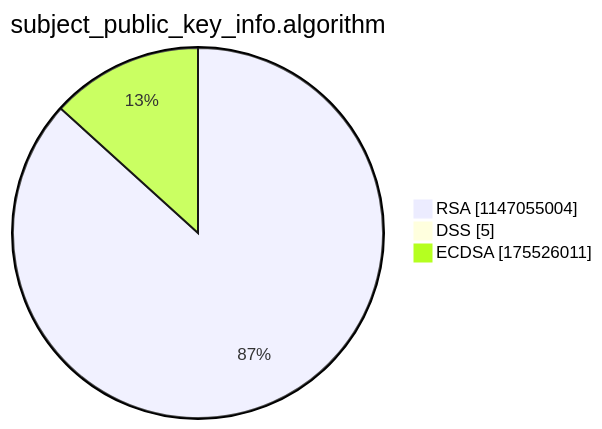
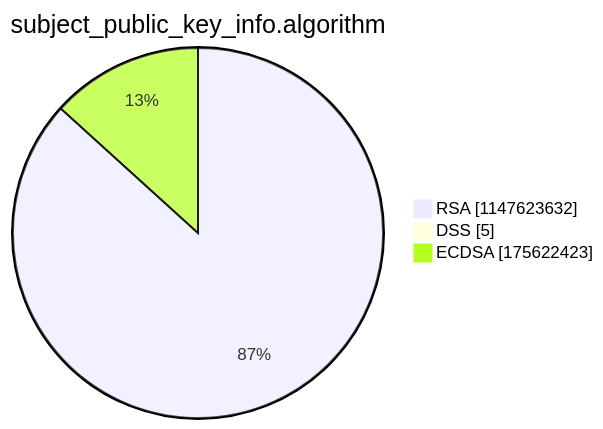
Before and after one commit to christiankrug/ctmonitor_visualization: the third of 15 diagrams in argon2022/README.md, drawn with Mermaid. The commit also changed other lines of this file, not shown here.

````diff
--- a/argon2022/README.md
+++ b/argon2022/README.md
@@ -14,7 +14,7 @@
 ```mermaid
 pie showData
 title subject_public_key_info.algorithm
-"RSA" :1147055004
+"RSA" :1147623632
 "DSS" :5
-"ECDSA" :175526011
+"ECDSA" :175622423
 ```
````
